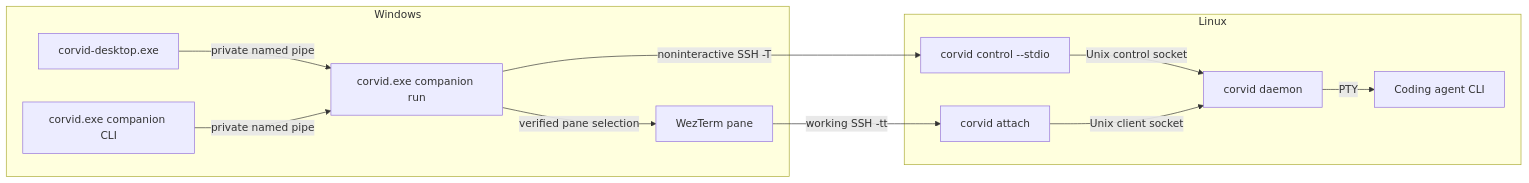
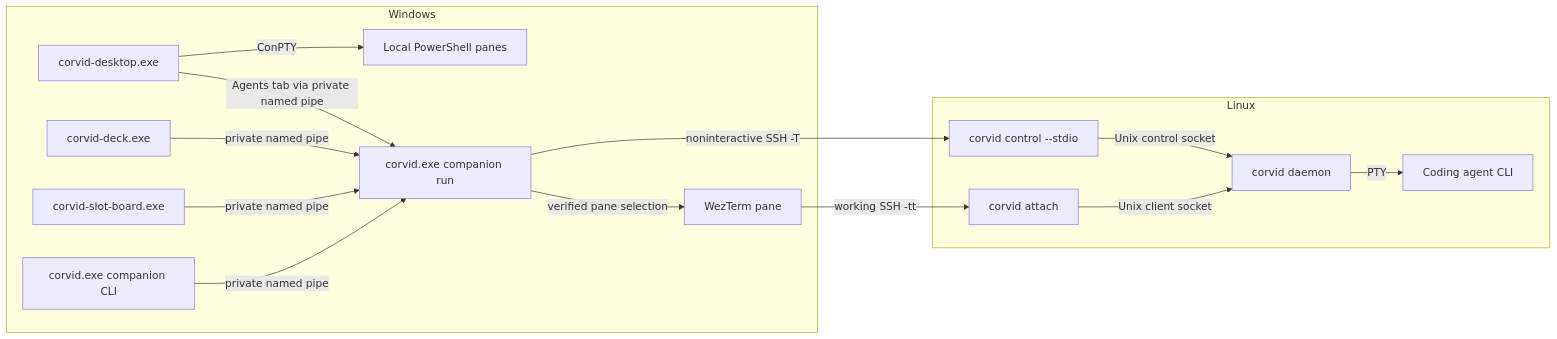
Before and after one commit to DosangGu/corvid: the diagram in docs/04_companion.md, drawn with Mermaid. The commit also changed other lines of this file and 36 other files, not shown here.

Commit message:
feat: add Windows desktop workspace and agent deck

````diff
--- a/docs/04_companion.md
+++ b/docs/04_companion.md
@@ -129,23 +141,29 @@
 ```mermaid
 flowchart LR
     subgraph Windows
-        Board["corvid-desktop.exe"]
+        Desktop["corvid-desktop.exe"]
+        PowerShell["Local PowerShell panes"]
+        Deck["corvid-deck.exe"]
+        Board["corvid-slot-board.exe"]
         CLI["corvid.exe companion CLI"]
         Companion["corvid.exe companion run"]
         WezTerm["WezTerm pane"]
+        Desktop -->|"ConPTY"| PowerShell
+        Desktop -->|"Agents tab via private named pipe"| Companion
+        Deck -->|"private named pipe"| Companion
         Board -->|"private named pipe"| Companion
         CLI -->|"private named pipe"| Companion
         Companion -->|"verified pane selection"| WezTerm
     end
     subgraph Linux
         Relay["corvid control --stdio"]
         TUI["corvid attach"]
         Daemon["corvid daemon"]
         Agent["Coding agent CLI"]
         Relay -->|"Unix control socket"| Daemon
         TUI -->|"Unix client socket"| Daemon
         Daemon -->|"PTY"| Agent
     end
     Companion -->|"noninteractive SSH -T"| Relay
     WezTerm -->|"working SSH -tt"| TUI
 ```
````
